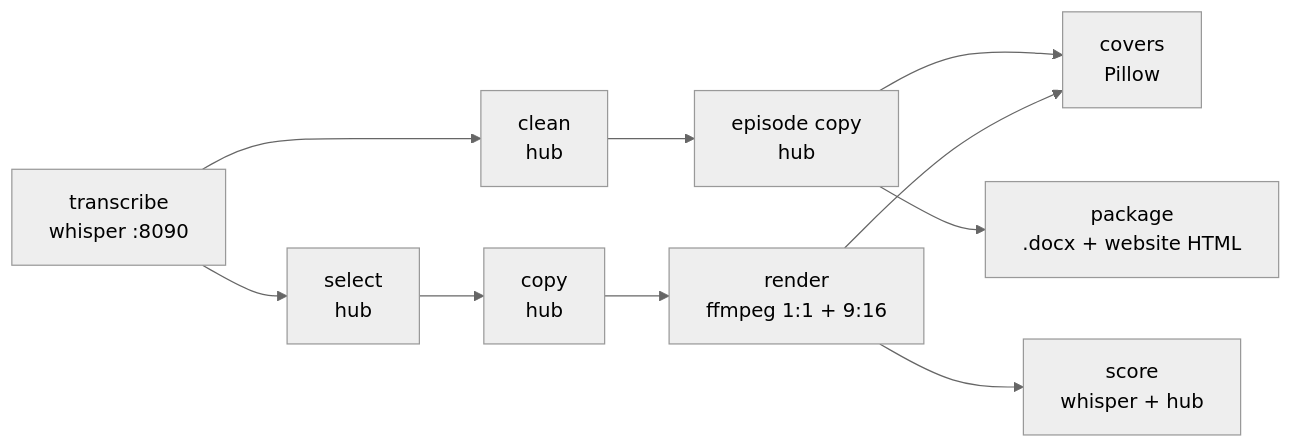
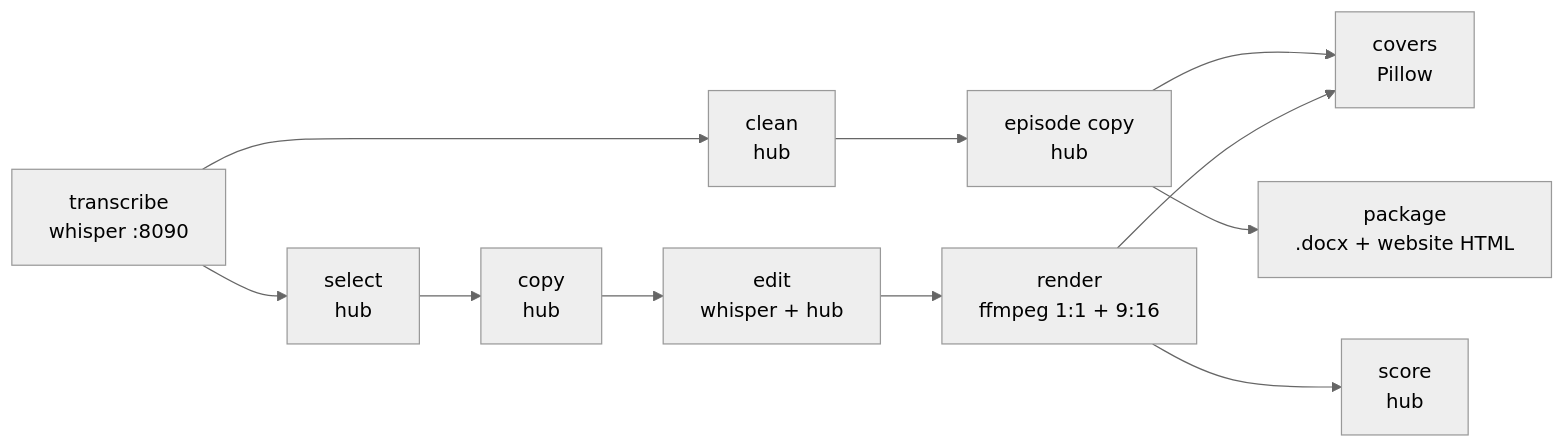
One commit to ferraroroberto/content-management changed the diagram in podcast/README.md. Above: the diagram before and after it, drawn with Mermaid (neutral theme). The commit also changed other lines of this file and 12 other files, not shown here.

````diff
--- a/podcast/README.md
+++ b/podcast/README.md
@@ -8,12 +8,13 @@
 ```mermaid
 flowchart LR
     T[transcribe<br/>whisper :8090] --> C[clean<br/>hub]
     T --> S[select<br/>hub]
     S --> P[copy<br/>hub]
-    P --> R[render<br/>ffmpeg 1:1 + 9:16]
+    P --> D[edit<br/>whisper + hub]
+    D --> R[render<br/>ffmpeg 1:1 + 9:16]
     C --> E[episode copy<br/>hub]
     E --> V[covers<br/>Pillow]
     R --> V
     E --> K[package<br/>.docx + website HTML]
-    R --> Q[score<br/>whisper + hub]
+    R --> Q[score<br/>hub]
 ```
````
